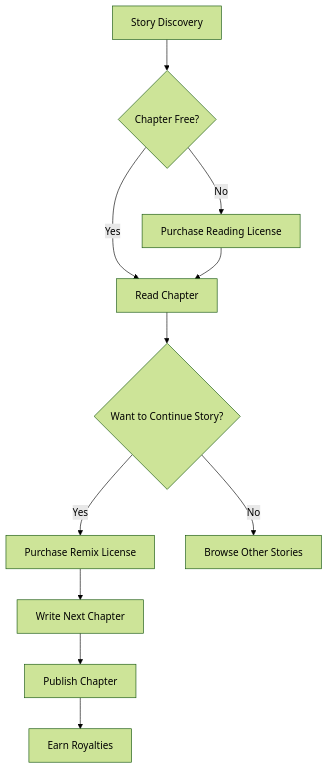
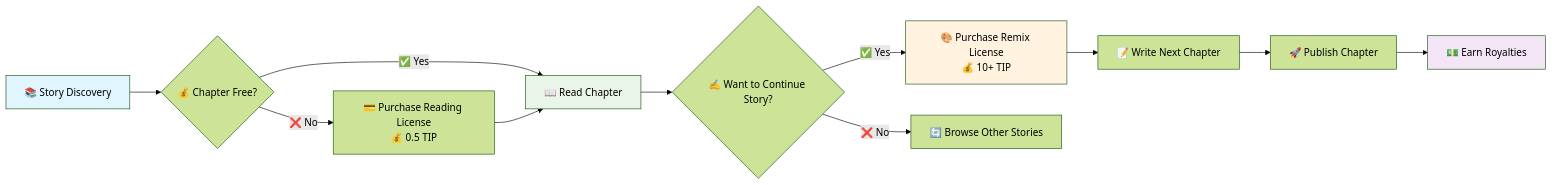
One commit to AndyBoWu/storyhouse-vip changed the second of 4 diagrams in docs/product/COLLABORATIVE_STORYTELLING.md. Above: the diagram before and after it, drawn with Mermaid (forest theme). The commit also changed other lines of this file, not shown here.

First line of the commit message:
🎨 Convert mermaid diagrams to git-style visual flow

````diff
--- a/docs/product/COLLABORATIVE_STORYTELLING.md
+++ b/docs/product/COLLABORATIVE_STORYTELLING.md
@@ -90,13 +96,18 @@
 ```mermaid
-graph TD
-    A[Story Discovery] --> B{Chapter Free?}
-    B -->|Yes| C[Read Chapter]
-    B -->|No| D[Purchase Reading License]
+flowchart LR
+    A["📚 Story Discovery"] --> B{"💰 Chapter Free?"}
+    B -->|"✅ Yes"| C["📖 Read Chapter"]
+    B -->|"❌ No"| D["💳 Purchase Reading License<br/>💰 0.5 TIP"]
     D --> C
-    C --> E{Want to Continue Story?}
-    E -->|Yes| F[Purchase Remix License]
-    E -->|No| G[Browse Other Stories]
-    F --> H[Write Next Chapter]
-    H --> I[Publish Chapter]
-    I --> J[Earn Royalties]
+    C --> E{"✍️ Want to Continue Story?"}
+    E -->|"✅ Yes"| F["🎨 Purchase Remix License<br/>💰 10+ TIP"]
+    E -->|"❌ No"| G["🔄 Browse Other Stories"]
+    F --> H["📝 Write Next Chapter"]
+    H --> I["🚀 Publish Chapter"]
+    I --> J["💵 Earn Royalties"]
+    
+    style A fill:#e1f5fe
+    style C fill:#e8f5e8
+    style F fill:#fff3e0
+    style J fill:#f3e5f5
 ```
````
